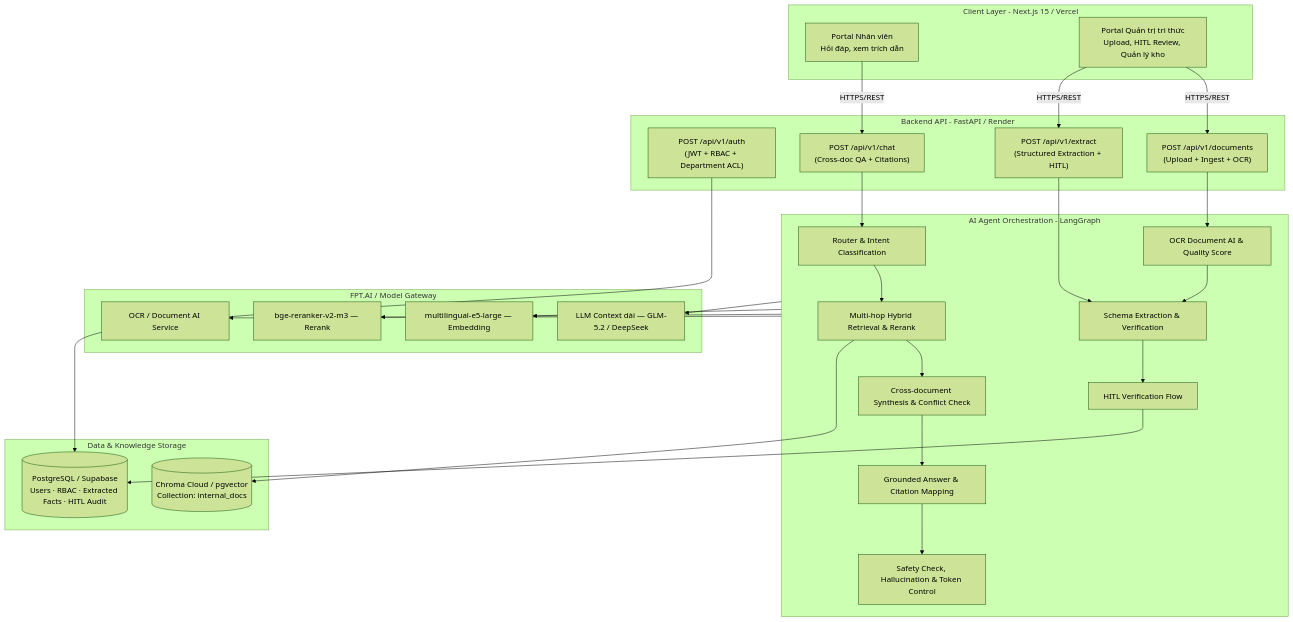
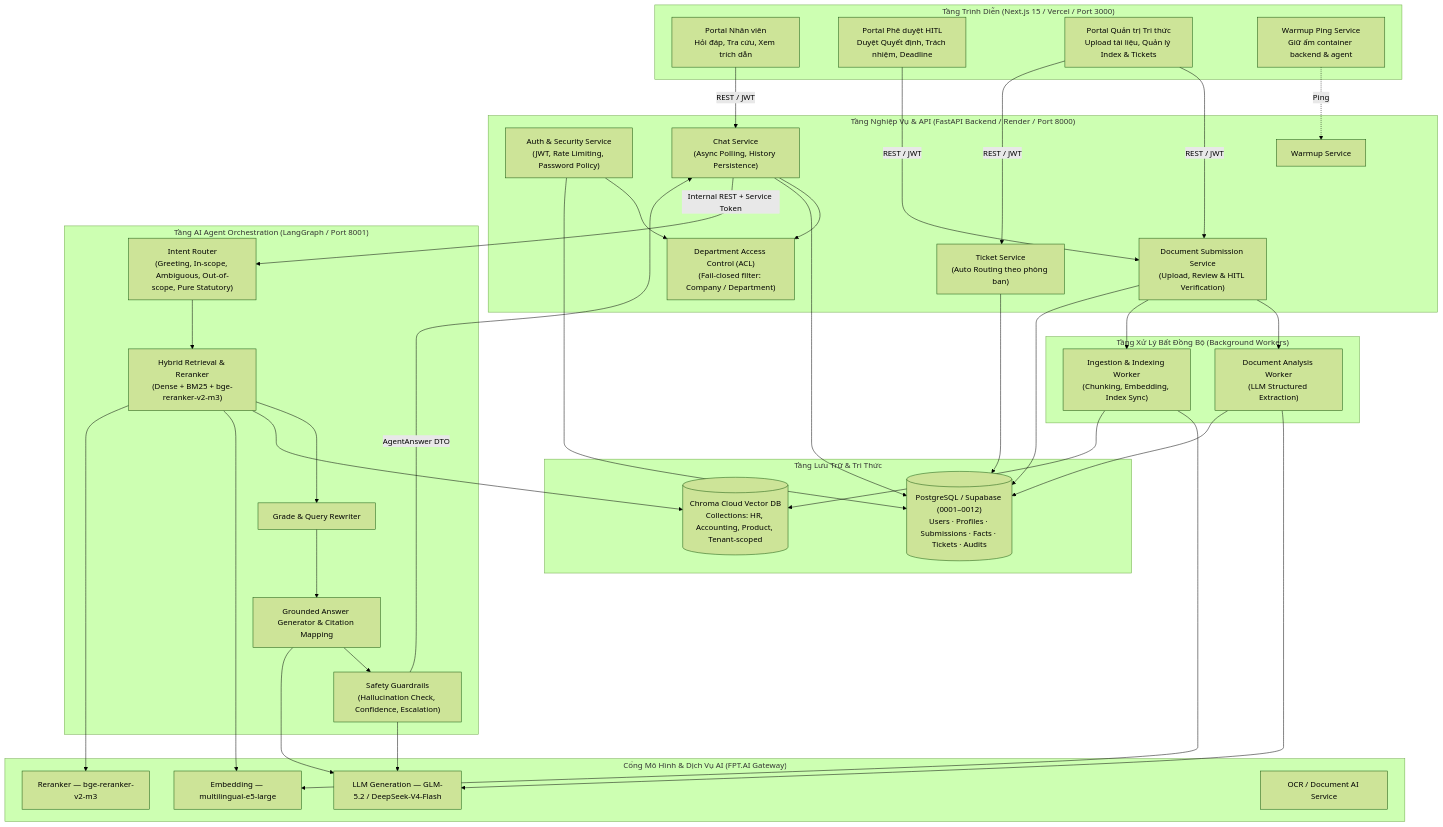
Before and after one commit to luongducthangDS/Enterprise-Document-Intelligence: the first of 2 diagrams in ARCHITECTURE.md, drawn with Mermaid (forest theme). The commit also changed other lines of this file and 15 other files, not shown here.

````diff
--- a/ARCHITECTURE.md
+++ b/ARCHITECTURE.md
@@ -19,58 +25,75 @@
 ```mermaid
 graph TB
-    subgraph Client[Client Layer - Next.js 15 / Vercel]
-        UI_Emp[Portal Nhân viên<br/>Hỏi đáp, xem trích dẫn]
-        UI_Admin[Portal Quản trị tri thức<br/>Upload, HITL Review, Quản lý kho]
+    subgraph ClientLayer["Tầng Trình Diễn (Next.js 15 / Vercel / Port 3000)"]
+        UI_Emp["Portal Nhân viên<br/>Hỏi đáp, Tra cứu, Xem trích dẫn"]
+        UI_Review["Portal Phê duyệt HITL<br/>Duyệt Quyết định, Trách nhiệm, Deadline"]
+        UI_Admin["Portal Quản trị Tri thức<br/>Upload tài liệu, Quản lý Index & Tickets"]
+        UI_Warmup["Warmup Ping Service<br/>Giữ ấm container backend & agent"]
     end
 
-    subgraph Backend[Backend API - FastAPI / Render]
-        API_Auth["POST /api/v1/auth<br/>(JWT + RBAC + Department ACL)"]
-        API_Chat["POST /api/v1/chat<br/>(Cross-doc QA + Citations)"]
-        API_Docs["POST /api/v1/documents<br/>(Upload + Ingest + OCR)"]
-        API_Extract["POST /api/v1/extract<br/>(Structured Extraction + HITL)"]
+    subgraph BackendLayer["Tầng Nghiệp Vụ & API (FastAPI Backend / Render / Port 8000)"]
+        API_Auth["Auth & Security Service<br/>(JWT, Rate Limiting, Password Policy)"]
+        API_Chat["Chat Service<br/>(Async Polling, History Persistence)"]
+        API_DocSub["Document Submission Service<br/>(Upload, Review & HITL Verification)"]
+        API_Ticket["Ticket Service<br/>(Auto Routing theo phòng ban)"]
+        API_ACL["Department Access Control (ACL)<br/>(Fail-closed filter: Company / Department)"]
+        API_Warmup["Warmup Service"]
     end
 
-    subgraph AgentLayer[AI Agent Orchestration - LangGraph]
-        Router[Router & Intent Classification]
-        OCR_Node[OCR Document AI & Quality Score]
-        Schema_Node[Schema Extraction & Verification]
-        Retrieve_Node[Multi-hop Hybrid Retrieval & Rerank]
-        Synthesize_Node[Cross-document Synthesis & Conflict Check]
-        Generate_Node[Grounded Answer & Citation Mapping]
-        Guardrail_Node[Safety Check, Hallucination & Token Control]
-        HITL_Bridge[HITL Verification Flow]
+    subgraph WorkerLayer["Tầng Xử Lý Bất Đồng Bộ (Background Workers)"]
+        Worker_Analysis["Document Analysis Worker<br/>(LLM Structured Extraction)"]
+        Worker_Ingest["Ingestion & Indexing Worker<br/>(Chunking, Embedding, Index Sync)"]
     end
 
-    subgraph ExternalGateway[FPT.AI / Model Gateway]
-        LLM[LLM Context dài — GLM-5.2 / DeepSeek]
-        Emb[multilingual-e5-large — Embedding]
-        Rerank[bge-reranker-v2-m3 — Rerank]
-        DocAI[OCR / Document AI Service]
+    subgraph AgentLayer["Tầng AI Agent Orchestration (LangGraph / Port 8001)"]
+        Router["Intent Router<br/>(Greeting, In-scope, Ambiguous, Out-of-scope, Pure Statutory)"]
+        Retrieve_Node["Hybrid Retrieval & Reranker<br/>(Dense + BM25 + bge-reranker-v2-m3)"]
+        Grade_Node["Grade & Query Rewriter"]
+        Generate_Node["Grounded Answer Generator & Citation Mapping"]
+        Guardrail_Node["Safety Guardrails<br/>(Hallucination Check, Confidence, Escalation)"]
     end
 
-    subgraph DataLayer[Data & Knowledge Storage]
-        Vector[(Chroma Cloud / pgvector<br/>Collection: internal_docs)]
-        DB[(PostgreSQL / Supabase<br/>Users · RBAC · Extracted Facts · HITL Audit)]
+    subgraph ExternalGateway["Cổng Mô Hình & Dịch Vụ AI (FPT.AI Gateway)"]
+        LLM["LLM Generation — GLM-5.2 / DeepSeek-V4-Flash"]
+        Emb["Embedding — multilingual-e5-large"]
+        Rerank["Reranker — bge-reranker-v2-m3"]
+        DocAI["OCR / Document AI Service"]
     end
 
-    UI_Emp -->|HTTPS/REST| API_Chat
-    UI_Admin -->|HTTPS/REST| API_Docs
-    UI_Admin -->|HTTPS/REST| API_Extract
+    subgraph DataLayer["Tầng Lưu Trữ & Tri Thức"]
+        DB[("PostgreSQL / Supabase (0001–0012)<br/>Users · Profiles · Submissions · Facts · Tickets · Audits")]
+        Vector[("Chroma Cloud Vector DB<br/>Collections: HR, Accounting, Product, Tenant-scoped")]
+    end
 
-    API_Chat --> Router
-    API_Docs --> OCR_Node
-    API_Extract --> Schema_Node
+    UI_Emp -->|REST / JWT| API_Chat
+    UI_Review -->|REST / JWT| API_DocSub
+    UI_Admin -->|REST / JWT| API_DocSub
+    UI_Admin -->|REST / JWT| API_Ticket
+    UI_Warmup -.->|Ping| API_Warmup
+
+    API_Auth --> API_ACL
+    API_Chat --> API_ACL
+    API_DocSub --> Worker_Analysis
+    API_DocSub --> Worker_Ingest
+
+    API_Auth --> DB
+    API_Chat --> DB
+    API_DocSub --> DB
+    API_Ticket --> DB
+    API_Chat -->|"Internal REST + Service Token"| Router
+
+    Worker_Analysis --> LLM
+    Worker_Analysis --> DB
+    Worker_Ingest --> Emb
+    Worker_Ingest --> Vector
 
     Router --> Retrieve_Node
-    Retrieve_Node --> Synthesize_Node --> Generate_Node --> Guardrail_Node
-    OCR_Node --> Schema_Node --> HITL_Bridge
-
-    AgentLayer --> LLM
-    AgentLayer --> Emb
-    AgentLayer --> Rerank
-    AgentLayer --> DocAI
+    Retrieve_Node --> Grade_Node --> Generate_Node --> Guardrail_Node
+    Guardrail_Node -->|"AgentAnswer DTO"| API_Chat
 
     Retrieve_Node --> Vector
-    HITL_Bridge --> DB
-    API_Auth --> DB
+    Retrieve_Node --> Emb
+    Retrieve_Node --> Rerank
+    Generate_Node --> LLM
+    Guardrail_Node --> LLM
 ```
````
